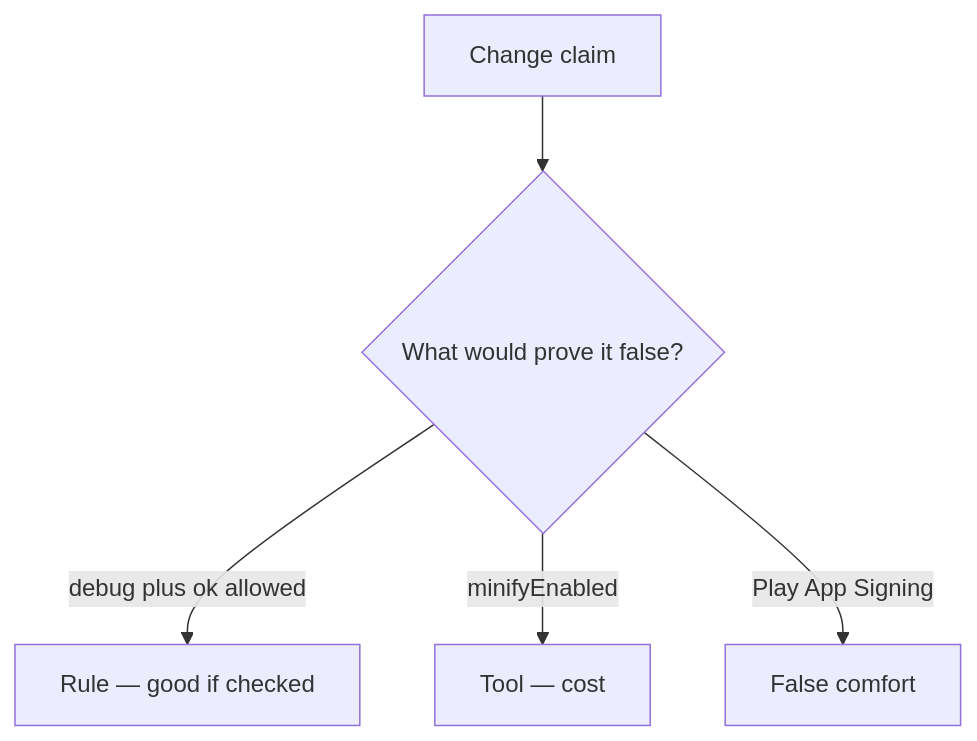
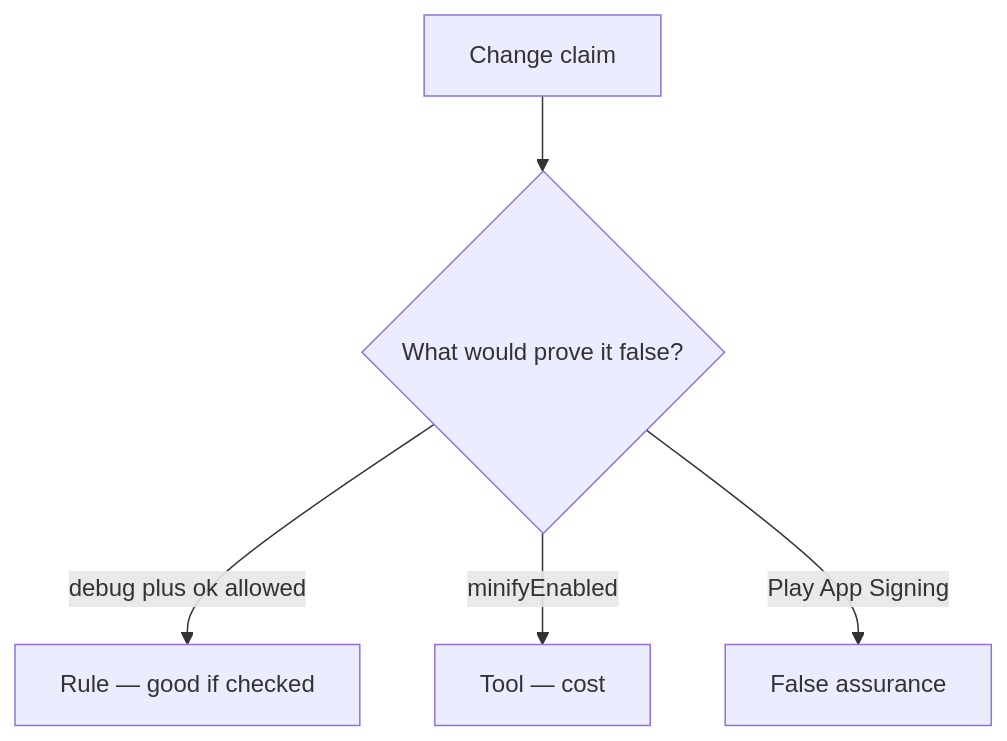
The diagram in content/modules/8/8.4/lessons/08-review.md (ishitvagoel/LearnSecurity), drawn with Mermaid before and after one commit. The commit also changed other lines of this file and 240 other files, not shown here.

````diff
--- a/content/modules/8/8.4/lessons/08-review.md
+++ b/content/modules/8/8.4/lessons/08-review.md
@@ -18,7 +18,7 @@
 ```mermaid
 flowchart TD
   Claim[Change claim] --> Q{"What would prove it false?"}
   Q -->|debug plus ok allowed| Property["Rule — good if checked"]
   Q -->|minifyEnabled| Mechanism[Tool — cost]
-  Q -->|Play App Signing| False[False comfort]
+  Q -->|Play App Signing| False[False assurance]
 ```
````
